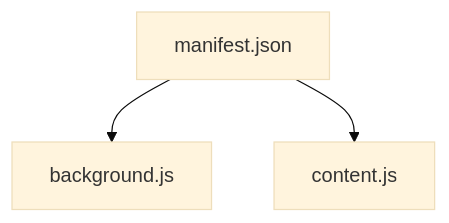
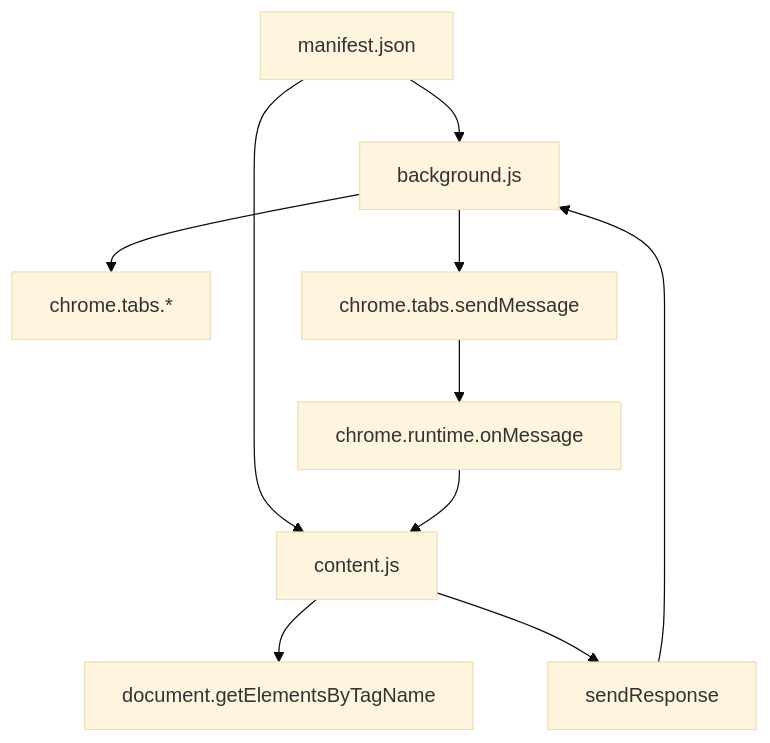
The diagram in README.md (sarnobat/chrome_extension), drawn with Mermaid (base theme) before and after one commit.

````diff
--- a/README.md
+++ b/README.md
@@ -4,5 +4,12 @@
 ```mermaid
 flowchart TD
-    manifest.json --> background.js
-    manifest.json --> content.js
+    manifest.json --> background.js --> chrome.tabs.*
+    manifest.json --> content.js --> document.getElementsByTagName
+    background.js --> chrome.tabs.sendMessage
+    
+    chrome.tabs.sendMessage --> chrome.runtime.onMessage
+    
+    chrome.runtime.onMessage --> content.js
+    content.js --> sendResponse
+    sendResponse --> background.js
 ```
````
